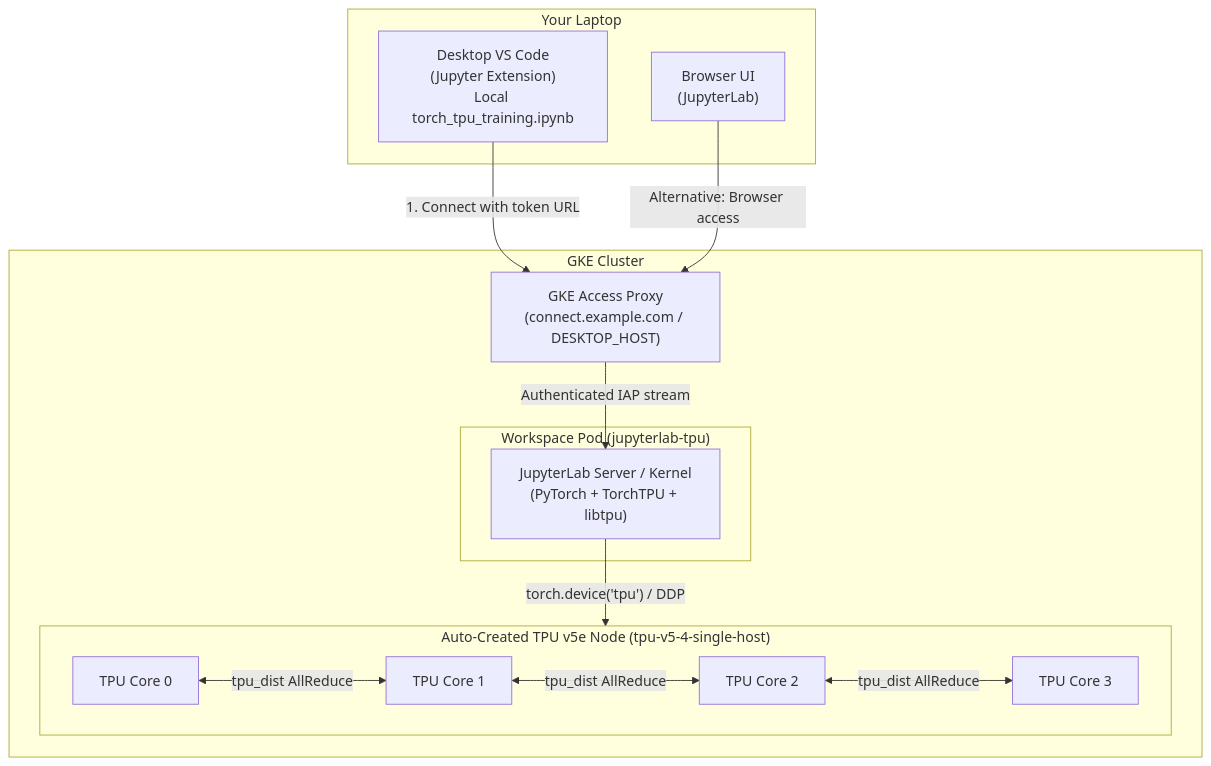
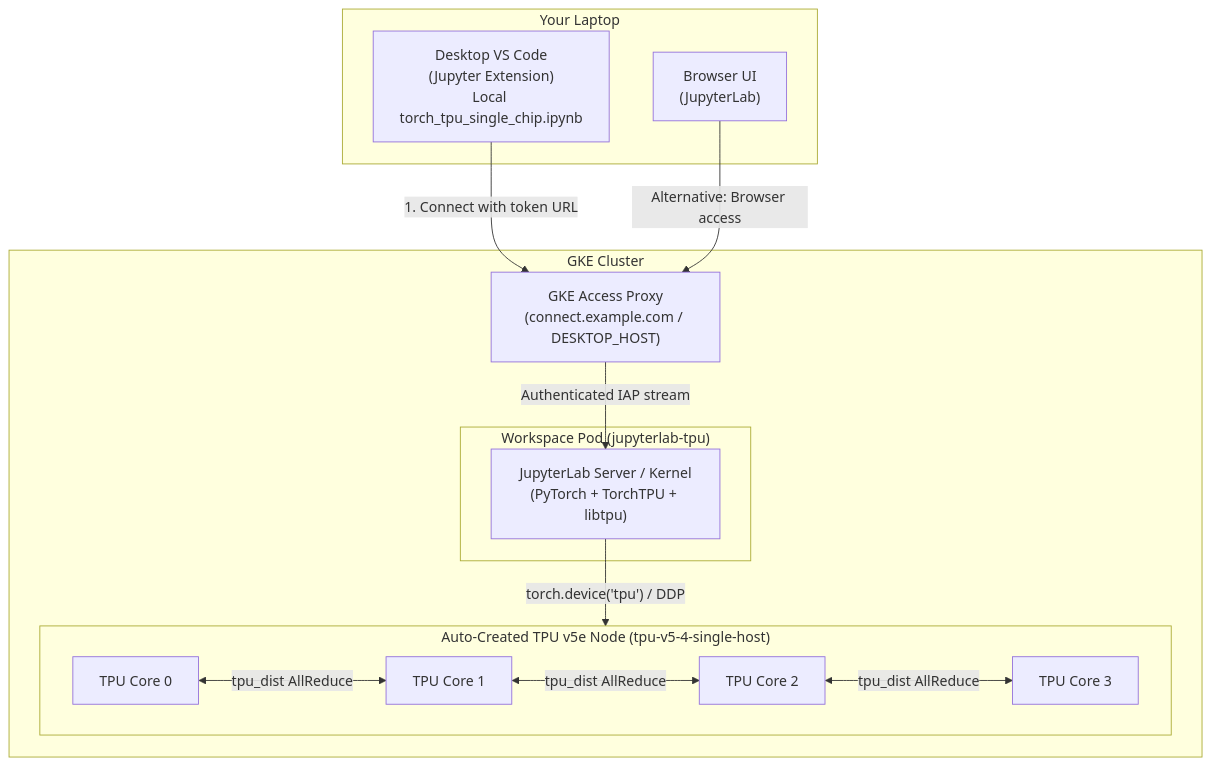
Before and after one commit to gke-labs/workspaces: the diagram in examples/torch_tpu/README.md, drawn with Mermaid. The commit also changed other lines of this file and 2 other files, not shown here.

Commit message:
chore: rename torch_tpu script names

````diff
--- a/examples/torch_tpu/README.md
+++ b/examples/torch_tpu/README.md
@@ -27,30 +27,30 @@
 ```mermaid
 flowchart TD
     subgraph Local["Your Laptop"]
-      VSC["Desktop VS Code<br/>(Jupyter Extension)<br/>Local torch_tpu_training.ipynb"]
+      VSC["Desktop VS Code<br/>(Jupyter Extension)<br/>Local torch_tpu_single_chip.ipynb"]
       BRW["Browser UI<br/>(JupyterLab)"]
     end
 
     subgraph Cluster["GKE Cluster"]
       PROXY["GKE Access Proxy<br/>(connect.example.com / DESKTOP_HOST)"]
       
       subgraph Pod["Workspace Pod (jupyterlab-tpu)"]
         JUPYTER["JupyterLab Server / Kernel<br/>(PyTorch + TorchTPU + libtpu)"]
       end
 
       subgraph TPU["Auto-Created TPU v5e Node (tpu-v5-4-single-host)"]
         C0["TPU Core 0"]
         C1["TPU Core 1"]
         C2["TPU Core 2"]
         C3["TPU Core 3"]
         C0 <-->|"tpu_dist AllReduce"| C1
         C1 <-->|"tpu_dist AllReduce"| C2
         C2 <-->|"tpu_dist AllReduce"| C3
       end
     end
 
     VSC -->|"1. Connect with token URL"| PROXY
     BRW -->|"Alternative: Browser access"| PROXY
     PROXY -->|"Authenticated IAP stream"| JUPYTER
     JUPYTER -->|"torch.device('tpu') / DDP"| TPU
 ```
````
